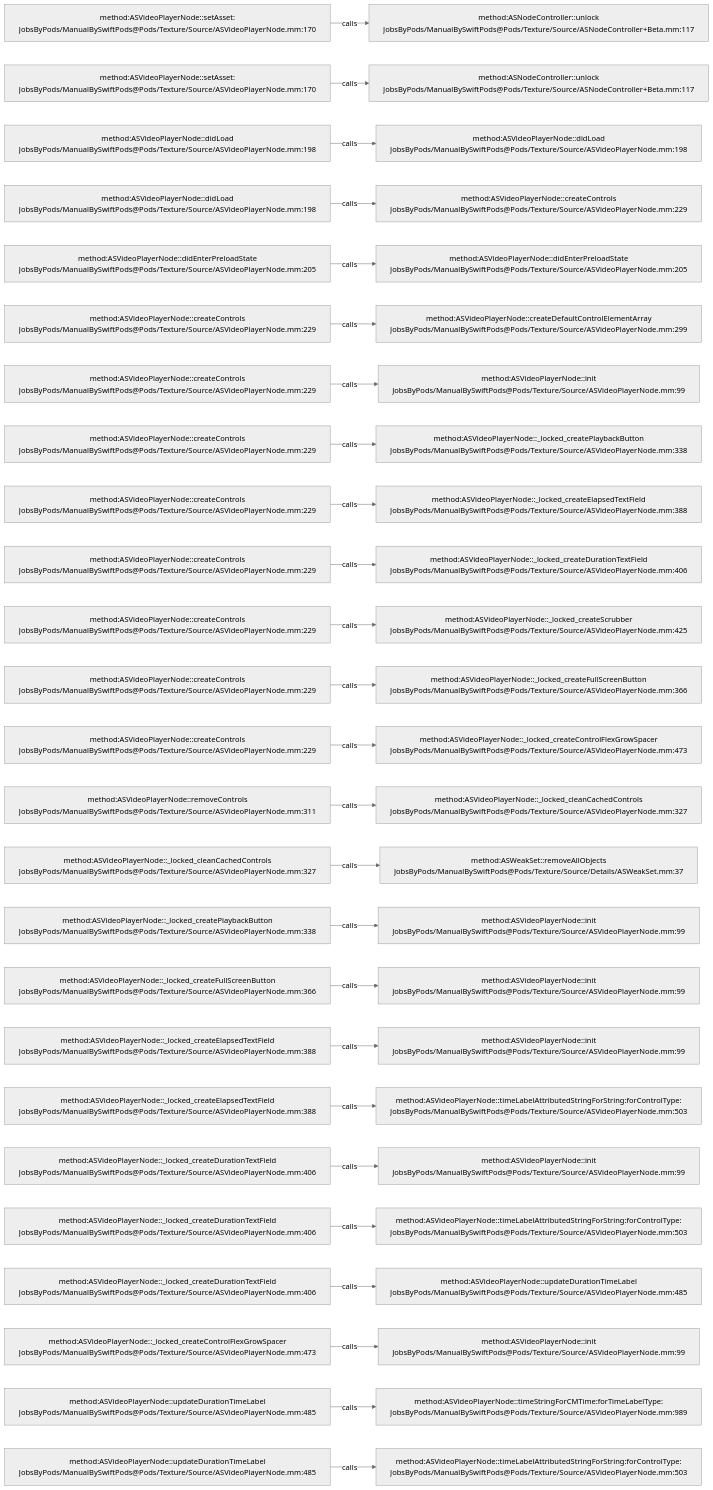
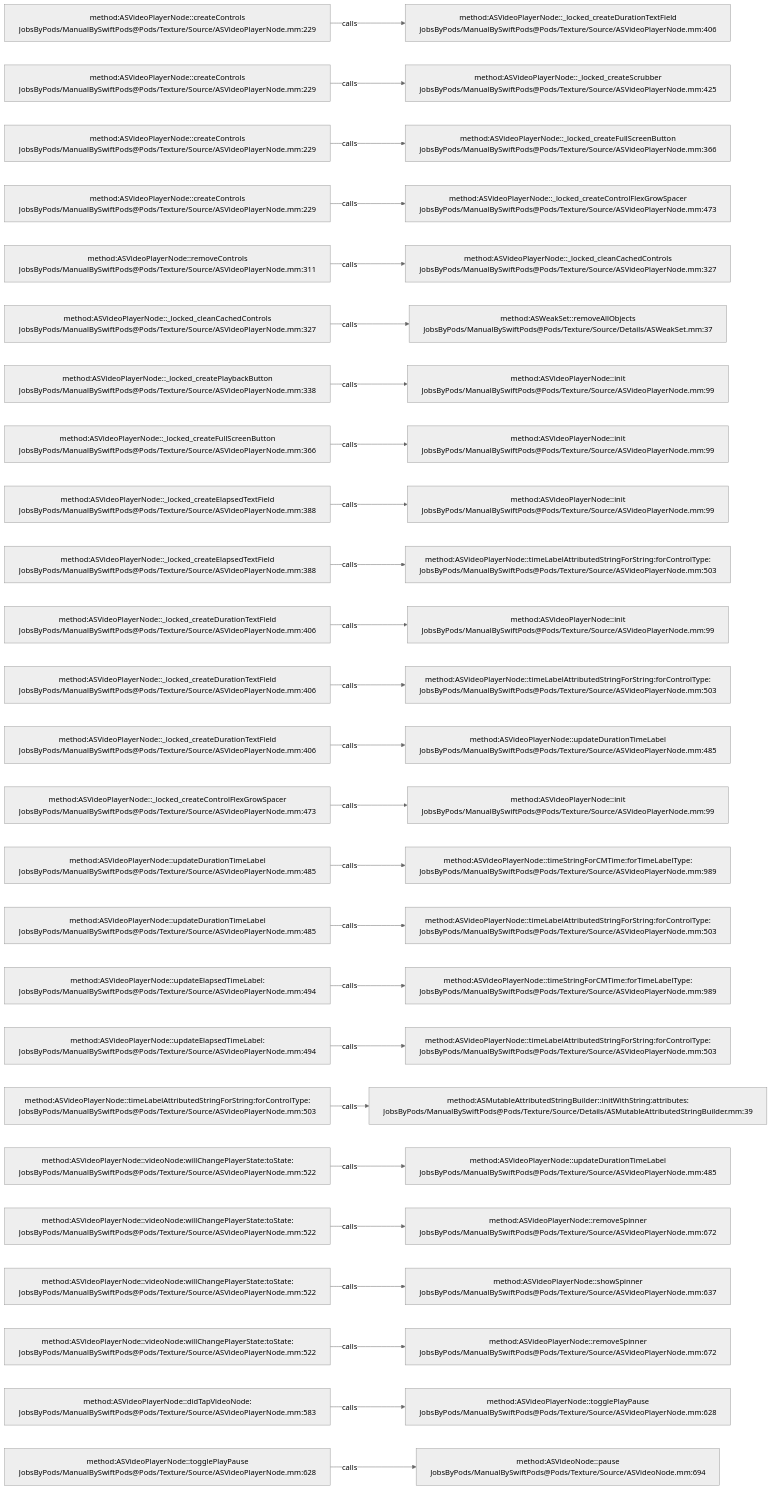
Before and after one commit to JobsKits/JobsSwiftBaseConfigDemo: the diagram in .codegraph/codegraph.md/graphs/calls-077.md, drawn with Mermaid (neutral theme). The commit also changed 707 other files, not shown here.

````diff
--- a/.codegraph/codegraph.md/graphs/calls-077.md
+++ b/.codegraph/codegraph.md/graphs/calls-077.md
@@ -13,78 +13,78 @@
 ```mermaid
 flowchart LR
-  S1["method:ASVideoPlayerNode::setAsset:<br/>JobsByPods/ManualBySwiftPods@Pods/Texture/Source/ASVideoPlayerNode.mm:170"]
-  T1["method:ASNodeController::unlock<br/>JobsByPods/ManualBySwiftPods@Pods/Texture/Source/ASNodeController+Beta.mm:117"]
+  S1["method:ASVideoPlayerNode::createControls<br/>JobsByPods/ManualBySwiftPods@Pods/Texture/Source/ASVideoPlayerNode.mm:229"]
+  T1["method:ASVideoPlayerNode::_locked_createDurationTextField<br/>JobsByPods/ManualBySwiftPods@Pods/Texture/Source/ASVideoPlayerNode.mm:406"]
   S1 -->|calls| T1
-  S2["method:ASVideoPlayerNode::setAsset:<br/>JobsByPods/ManualBySwiftPods@Pods/Texture/Source/ASVideoPlayerNode.mm:170"]
-  T2["method:ASNodeController::unlock<br/>JobsByPods/ManualBySwiftPods@Pods/Texture/Source/ASNodeController+Beta.mm:117"]
+  S2["method:ASVideoPlayerNode::createControls<br/>JobsByPods/ManualBySwiftPods@Pods/Texture/Source/ASVideoPlayerNode.mm:229"]
+  T2["method:ASVideoPlayerNode::_locked_createScrubber<br/>JobsByPods/ManualBySwiftPods@Pods/Texture/Source/ASVideoPlayerNode.mm:425"]
   S2 -->|calls| T2
-  S3["method:ASVideoPlayerNode::didLoad<br/>JobsByPods/ManualBySwiftPods@Pods/Texture/Source/ASVideoPlayerNode.mm:198"]
-  T3["method:ASVideoPlayerNode::didLoad<br/>JobsByPods/ManualBySwiftPods@Pods/Texture/Source/ASVideoPlayerNode.mm:198"]
+  S3["method:ASVideoPlayerNode::createControls<br/>JobsByPods/ManualBySwiftPods@Pods/Texture/Source/ASVideoPlayerNode.mm:229"]
+  T3["method:ASVideoPlayerNode::_locked_createFullScreenButton<br/>JobsByPods/ManualBySwiftPods@Pods/Texture/Source/ASVideoPlayerNode.mm:366"]
   S3 -->|calls| T3
-  S4["method:ASVideoPlayerNode::didLoad<br/>JobsByPods/ManualBySwiftPods@Pods/Texture/Source/ASVideoPlayerNode.mm:198"]
-  T4["method:ASVideoPlayerNode::createControls<br/>JobsByPods/ManualBySwiftPods@Pods/Texture/Source/ASVideoPlayerNode.mm:229"]
+  S4["method:ASVideoPlayerNode::createControls<br/>JobsByPods/ManualBySwiftPods@Pods/Texture/Source/ASVideoPlayerNode.mm:229"]
+  T4["method:ASVideoPlayerNode::_locked_createControlFlexGrowSpacer<br/>JobsByPods/ManualBySwiftPods@Pods/Texture/Source/ASVideoPlayerNode.mm:473"]
   S4 -->|calls| T4
-  S5["method:ASVideoPlayerNode::didEnterPreloadState<br/>JobsByPods/ManualBySwiftPods@Pods/Texture/Source/ASVideoPlayerNode.mm:205"]
-  T5["method:ASVideoPlayerNode::didEnterPreloadState<br/>JobsByPods/ManualBySwiftPods@Pods/Texture/Source/ASVideoPlayerNode.mm:205"]
+  S5["method:ASVideoPlayerNode::removeControls<br/>JobsByPods/ManualBySwiftPods@Pods/Texture/Source/ASVideoPlayerNode.mm:311"]
+  T5["method:ASVideoPlayerNode::_locked_cleanCachedControls<br/>JobsByPods/ManualBySwiftPods@Pods/Texture/Source/ASVideoPlayerNode.mm:327"]
   S5 -->|calls| T5
-  S6["method:ASVideoPlayerNode::createControls<br/>JobsByPods/ManualBySwiftPods@Pods/Texture/Source/ASVideoPlayerNode.mm:229"]
-  T6["method:ASVideoPlayerNode::createDefaultControlElementArray<br/>JobsByPods/ManualBySwiftPods@Pods/Texture/Source/ASVideoPlayerNode.mm:299"]
+  S6["method:ASVideoPlayerNode::_locked_cleanCachedControls<br/>JobsByPods/ManualBySwiftPods@Pods/Texture/Source/ASVideoPlayerNode.mm:327"]
+  T6["method:ASWeakSet::removeAllObjects<br/>JobsByPods/ManualBySwiftPods@Pods/Texture/Source/Details/ASWeakSet.mm:37"]
   S6 -->|calls| T6
-  S7["method:ASVideoPlayerNode::createControls<br/>JobsByPods/ManualBySwiftPods@Pods/Texture/Source/ASVideoPlayerNode.mm:229"]
+  S7["method:ASVideoPlayerNode::_locked_createPlaybackButton<br/>JobsByPods/ManualBySwiftPods@Pods/Texture/Source/ASVideoPlayerNode.mm:338"]
   T7["method:ASVideoPlayerNode::init<br/>JobsByPods/ManualBySwiftPods@Pods/Texture/Source/ASVideoPlayerNode.mm:99"]
   S7 -->|calls| T7
-  S8["method:ASVideoPlayerNode::createControls<br/>JobsByPods/ManualBySwiftPods@Pods/Texture/Source/ASVideoPlayerNode.mm:229"]
-  T8["method:ASVideoPlayerNode::_locked_createPlaybackButton<br/>JobsByPods/ManualBySwiftPods@Pods/Texture/Source/ASVideoPlayerNode.mm:338"]
+  S8["method:ASVideoPlayerNode::_locked_createFullScreenButton<br/>JobsByPods/ManualBySwiftPods@Pods/Texture/Source/ASVideoPlayerNode.mm:366"]
+  T8["method:ASVideoPlayerNode::init<br/>JobsByPods/ManualBySwiftPods@Pods/Texture/Source/ASVideoPlayerNode.mm:99"]
   S8 -->|calls| T8
-  S9["method:ASVideoPlayerNode::createControls<br/>JobsByPods/ManualBySwiftPods@Pods/Texture/Source/ASVideoPlayerNode.mm:229"]
-  T9["method:ASVideoPlayerNode::_locked_createElapsedTextField<br/>JobsByPods/ManualBySwiftPods@Pods/Texture/Source/ASVideoPlayerNode.mm:388"]
+  S9["method:ASVideoPlayerNode::_locked_createElapsedTextField<br/>JobsByPods/ManualBySwiftPods@Pods/Texture/Source/ASVideoPlayerNode.mm:388"]
+  T9["method:ASVideoPlayerNode::init<br/>JobsByPods/ManualBySwiftPods@Pods/Texture/Source/ASVideoPlayerNode.mm:99"]
   S9 -->|calls| T9
-  S10["method:ASVideoPlayerNode::createControls<br/>JobsByPods/ManualBySwiftPods@Pods/Texture/Source/ASVideoPlayerNode.mm:229"]
-  T10["method:ASVideoPlayerNode::_locked_createDurationTextField<br/>JobsByPods/ManualBySwiftPods@Pods/Texture/Source/ASVideoPlayerNode.mm:406"]
+  S10["method:ASVideoPlayerNode::_locked_createElapsedTextField<br/>JobsByPods/ManualBySwiftPods@Pods/Texture/Source/ASVideoPlayerNode.mm:388"]
+  T10["method:ASVideoPlayerNode::timeLabelAttributedStringForString:forControlType:<br/>JobsByPods/ManualBySwiftPods@Pods/Texture/Source/ASVideoPlayerNode.mm:503"]
   S10 -->|calls| T10
-  S11["method:ASVideoPlayerNode::createControls<br/>JobsByPods/ManualBySwiftPods@Pods/Texture/Source/ASVideoPlayerNode.mm:229"]
-  T11["method:ASVideoPlayerNode::_locked_createScrubber<br/>JobsByPods/ManualBySwiftPods@Pods/Texture/Source/ASVideoPlayerNode.mm:425"]
+  S11["method:ASVideoPlayerNode::_locked_createDurationTextField<br/>JobsByPods/ManualBySwiftPods@Pods/Texture/Source/ASVideoPlayerNode.mm:406"]
+  T11["method:ASVideoPlayerNode::init<br/>JobsByPods/ManualBySwiftPods@Pods/Texture/Source/ASVideoPlayerNode.mm:99"]
   S11 -->|calls| T11
-  S12["method:ASVideoPlayerNode::createControls<br/>JobsByPods/ManualBySwiftPods@Pods/Texture/Source/ASVideoPlayerNode.mm:229"]
-  T12["method:ASVideoPlayerNode::_locked_createFullScreenButton<br/>JobsByPods/ManualBySwiftPods@Pods/Texture/Source/ASVideoPlayerNode.mm:366"]
+  S12["method:ASVideoPlayerNode::_locked_createDurationTextField<br/>JobsByPods/ManualBySwiftPods@Pods/Texture/Source/ASVideoPlayerNode.mm:406"]
+  T12["method:ASVideoPlayerNode::timeLabelAttributedStringForString:forControlType:<br/>JobsByPods/ManualBySwiftPods@Pods/Texture/Source/ASVideoPlayerNode.mm:503"]
   S12 -->|calls| T12
-  S13["method:ASVideoPlayerNode::createControls<br/>JobsByPods/ManualBySwiftPods@Pods/Texture/Source/ASVideoPlayerNode.mm:229"]
-  T13["method:ASVideoPlayerNode::_locked_createControlFlexGrowSpacer<br/>JobsByPods/ManualBySwiftPods@Pods/Texture/Source/ASVideoPlayerNode.mm:473"]
+  S13["method:ASVideoPlayerNode::_locked_createDurationTextField<br/>JobsByPods/ManualBySwiftPods@Pods/Texture/Source/ASVideoPlayerNode.mm:406"]
+  T13["method:ASVideoPlayerNode::updateDurationTimeLabel<br/>JobsByPods/ManualBySwiftPods@Pods/Texture/Source/ASVideoPlayerNode.mm:485"]
   S13 -->|calls| T13
-  S14["method:ASVideoPlayerNode::removeControls<br/>JobsByPods/ManualBySwiftPods@Pods/Texture/Source/ASVideoPlayerNode.mm:311"]
-  T14["method:ASVideoPlayerNode::_locked_cleanCachedControls<br/>JobsByPods/ManualBySwiftPods@Pods/Texture/Source/ASVideoPlayerNode.mm:327"]
+  S14["method:ASVideoPlayerNode::_locked_createControlFlexGrowSpacer<br/>JobsByPods/ManualBySwiftPods@Pods/Texture/Source/ASVideoPlayerNode.mm:473"]
+  T14["method:ASVideoPlayerNode::init<br/>JobsByPods/ManualBySwiftPods@Pods/Texture/Source/ASVideoPlayerNode.mm:99"]
   S14 -->|calls| T14
-  S15["method:ASVideoPlayerNode::_locked_cleanCachedControls<br/>JobsByPods/ManualBySwiftPods@Pods/Texture/Source/ASVideoPlayerNode.mm:327"]
-  T15["method:ASWeakSet::removeAllObjects<br/>JobsByPods/ManualBySwiftPods@Pods/Texture/Source/Details/ASWeakSet.mm:37"]
+  S15["method:ASVideoPlayerNode::updateDurationTimeLabel<br/>JobsByPods/ManualBySwiftPods@Pods/Texture/Source/ASVideoPlayerNode.mm:485"]
+  T15["method:ASVideoPlayerNode::timeStringForCMTime:forTimeLabelType:<br/>JobsByPods/ManualBySwiftPods@Pods/Texture/Source/ASVideoPlayerNode.mm:989"]
   S15 -->|calls| T15
-  S16["method:ASVideoPlayerNode::_locked_createPlaybackButton<br/>JobsByPods/ManualBySwiftPods@Pods/Texture/Source/ASVideoPlayerNode.mm:338"]
-  T16["method:ASVideoPlayerNode::init<br/>JobsByPods/ManualBySwiftPods@Pods/Texture/Source/ASVideoPlayerNode.mm:99"]
+  S16["method:ASVideoPlayerNode::updateDurationTimeLabel<br/>JobsByPods/ManualBySwiftPods@Pods/Texture/Source/ASVideoPlayerNode.mm:485"]
+  T16["method:ASVideoPlayerNode::timeLabelAttributedStringForString:forControlType:<br/>JobsByPods/ManualBySwiftPods@Pods/Texture/Source/ASVideoPlayerNode.mm:503"]
   S16 -->|calls| T16
-  S17["method:ASVideoPlayerNode::_locked_createFullScreenButton<br/>JobsByPods/ManualBySwiftPods@Pods/Texture/Source/ASVideoPlayerNode.mm:366"]
-  T17["method:ASVideoPlayerNode::init<br/>JobsByPods/ManualBySwiftPods@Pods/Texture/Source/ASVideoPlayerNode.mm:99"]
+  S17["method:ASVideoPlayerNode::updateElapsedTimeLabel:<br/>JobsByPods/ManualBySwiftPods@Pods/Texture/Source/ASVideoPlayerNode.mm:494"]
+  T17["method:ASVideoPlayerNode::timeStringForCMTime:forTimeLabelType:<br/>JobsByPods/ManualBySwiftPods@Pods/Texture/Source/ASVideoPlayerNode.mm:989"]
   S17 -->|calls| T17
-  S18["method:ASVideoPlayerNode::_locked_createElapsedTextField<br/>JobsByPods/ManualBySwiftPods@Pods/Texture/Source/ASVideoPlayerNode.mm:388"]
-  T18["method:ASVideoPlayerNode::init<br/>JobsByPods/ManualBySwiftPods@Pods/Texture/Source/ASVideoPlayerNode.mm:99"]
+  S18["method:ASVideoPlayerNode::updateElapsedTimeLabel:<br/>JobsByPods/ManualBySwiftPods@Pods/Texture/Source/ASVideoPlayerNode.mm:494"]
+  T18["method:ASVideoPlayerNode::timeLabelAttributedStringForString:forControlType:<br/>JobsByPods/ManualBySwiftPods@Pods/Texture/Source/ASVideoPlayerNode.mm:503"]
   S18 -->|calls| T18
-  S19["method:ASVideoPlayerNode::_locked_createElapsedTextField<br/>JobsByPods/ManualBySwiftPods@Pods/Texture/Source/ASVideoPlayerNode.mm:388"]
-  T19["method:ASVideoPlayerNode::timeLabelAttributedStringForString:forControlType:<br/>JobsByPods/ManualBySwiftPods@Pods/Texture/Source/ASVideoPlayerNode.mm:503"]
+  S19["method:ASVideoPlayerNode::timeLabelAttributedStringForString:forControlType:<br/>JobsByPods/ManualBySwiftPods@Pods/Texture/Source/ASVideoPlayerNode.mm:503"]
+  T19["method:ASMutableAttributedStringBuilder::initWithString:attributes:<br/>JobsByPods/ManualBySwiftPods@Pods/Texture/Source/Details/ASMutableAttributedStringBuilder.mm:39"]
   S19 -->|calls| T19
-  S20["method:ASVideoPlayerNode::_locked_createDurationTextField<br/>JobsByPods/ManualBySwiftPods@Pods/Texture/Source/ASVideoPlayerNode.mm:406"]
-  T20["method:ASVideoPlayerNode::init<br/>JobsByPods/ManualBySwiftPods@Pods/Texture/Source/ASVideoPlayerNode.mm:99"]
+  S20["method:ASVideoPlayerNode::videoNode:willChangePlayerState:toState:<br/>JobsByPods/ManualBySwiftPods@Pods/Texture/Source/ASVideoPlayerNode.mm:522"]
+  T20["method:ASVideoPlayerNode::updateDurationTimeLabel<br/>JobsByPods/ManualBySwiftPods@Pods/Texture/Source/ASVideoPlayerNode.mm:485"]
   S20 -->|calls| T20
-  S21["method:ASVideoPlayerNode::_locked_createDurationTextField<br/>JobsByPods/ManualBySwiftPods@Pods/Texture/Source/ASVideoPlayerNode.mm:406"]
-  T21["method:ASVideoPlayerNode::timeLabelAttributedStringForString:forControlType:<br/>JobsByPods/ManualBySwiftPods@Pods/Texture/Source/ASVideoPlayerNode.mm:503"]
+  S21["method:ASVideoPlayerNode::videoNode:willChangePlayerState:toState:<br/>JobsByPods/ManualBySwiftPods@Pods/Texture/Source/ASVideoPlayerNode.mm:522"]
+  T21["method:ASVideoPlayerNode::removeSpinner<br/>JobsByPods/ManualBySwiftPods@Pods/Texture/Source/ASVideoPlayerNode.mm:672"]
   S21 -->|calls| T21
-  S22["method:ASVideoPlayerNode::_locked_createDurationTextField<br/>JobsByPods/ManualBySwiftPods@Pods/Texture/Source/ASVideoPlayerNode.mm:406"]
-  T22["method:ASVideoPlayerNode::updateDurationTimeLabel<br/>JobsByPods/ManualBySwiftPods@Pods/Texture/Source/ASVideoPlayerNode.mm:485"]
+  S22["method:ASVideoPlayerNode::videoNode:willChangePlayerState:toState:<br/>JobsByPods/ManualBySwiftPods@Pods/Texture/Source/ASVideoPlayerNode.mm:522"]
+  T22["method:ASVideoPlayerNode::showSpinner<br/>JobsByPods/ManualBySwiftPods@Pods/Texture/Source/ASVideoPlayerNode.mm:637"]
   S22 -->|calls| T22
-  S23["method:ASVideoPlayerNode::_locked_createControlFlexGrowSpacer<br/>JobsByPods/ManualBySwiftPods@Pods/Texture/Source/ASVideoPlayerNode.mm:473"]
-  T23["method:ASVideoPlayerNode::init<br/>JobsByPods/ManualBySwiftPods@Pods/Texture/Source/ASVideoPlayerNode.mm:99"]
+  S23["method:ASVideoPlayerNode::videoNode:willChangePlayerState:toState:<br/>JobsByPods/ManualBySwiftPods@Pods/Texture/Source/ASVideoPlayerNode.mm:522"]
+  T23["method:ASVideoPlayerNode::removeSpinner<br/>JobsByPods/ManualBySwiftPods@Pods/Texture/Source/ASVideoPlayerNode.mm:672"]
   S23 -->|calls| T23
-  S24["method:ASVideoPlayerNode::updateDurationTimeLabel<br/>JobsByPods/ManualBySwiftPods@Pods/Texture/Source/ASVideoPlayerNode.mm:485"]
-  T24["method:ASVideoPlayerNode::timeStringForCMTime:forTimeLabelType:<br/>JobsByPods/ManualBySwiftPods@Pods/Texture/Source/ASVideoPlayerNode.mm:989"]
+  S24["method:ASVideoPlayerNode::didTapVideoNode:<br/>JobsByPods/ManualBySwiftPods@Pods/Texture/Source/ASVideoPlayerNode.mm:583"]
+  T24["method:ASVideoPlayerNode::togglePlayPause<br/>JobsByPods/ManualBySwiftPods@Pods/Texture/Source/ASVideoPlayerNode.mm:628"]
   S24 -->|calls| T24
-  S25["method:ASVideoPlayerNode::updateDurationTimeLabel<br/>JobsByPods/ManualBySwiftPods@Pods/Texture/Source/ASVideoPlayerNode.mm:485"]
-  T25["method:ASVideoPlayerNode::timeLabelAttributedStringForString:forControlType:<br/>JobsByPods/ManualBySwiftPods@Pods/Texture/Source/ASVideoPlayerNode.mm:503"]
+  S25["method:ASVideoPlayerNode::togglePlayPause<br/>JobsByPods/ManualBySwiftPods@Pods/Texture/Source/ASVideoPlayerNode.mm:628"]
+  T25["method:ASVideoNode::pause<br/>JobsByPods/ManualBySwiftPods@Pods/Texture/Source/ASVideoNode.mm:694"]
   S25 -->|calls| T25
 ```
````
